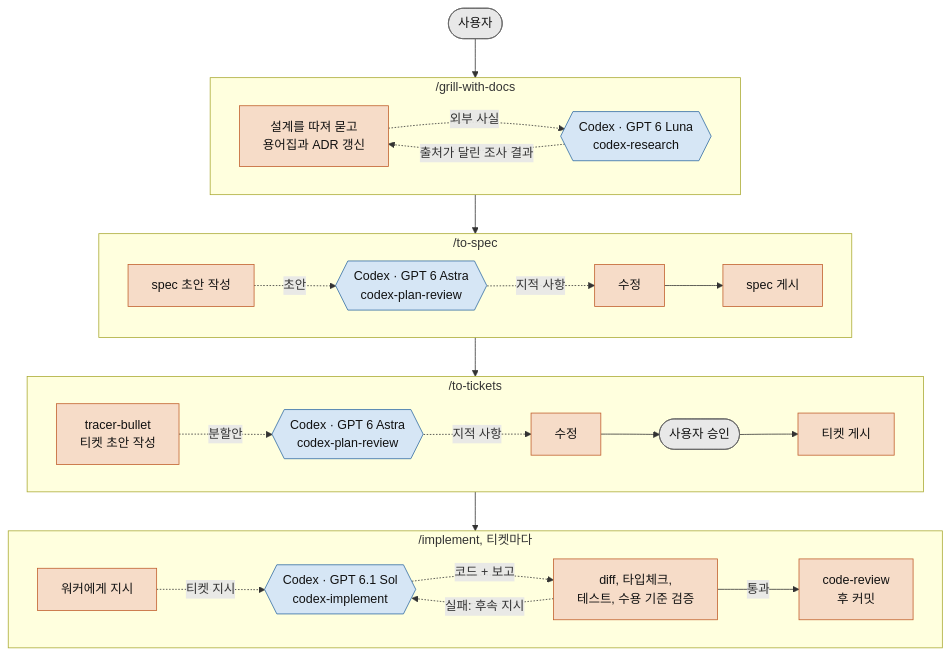
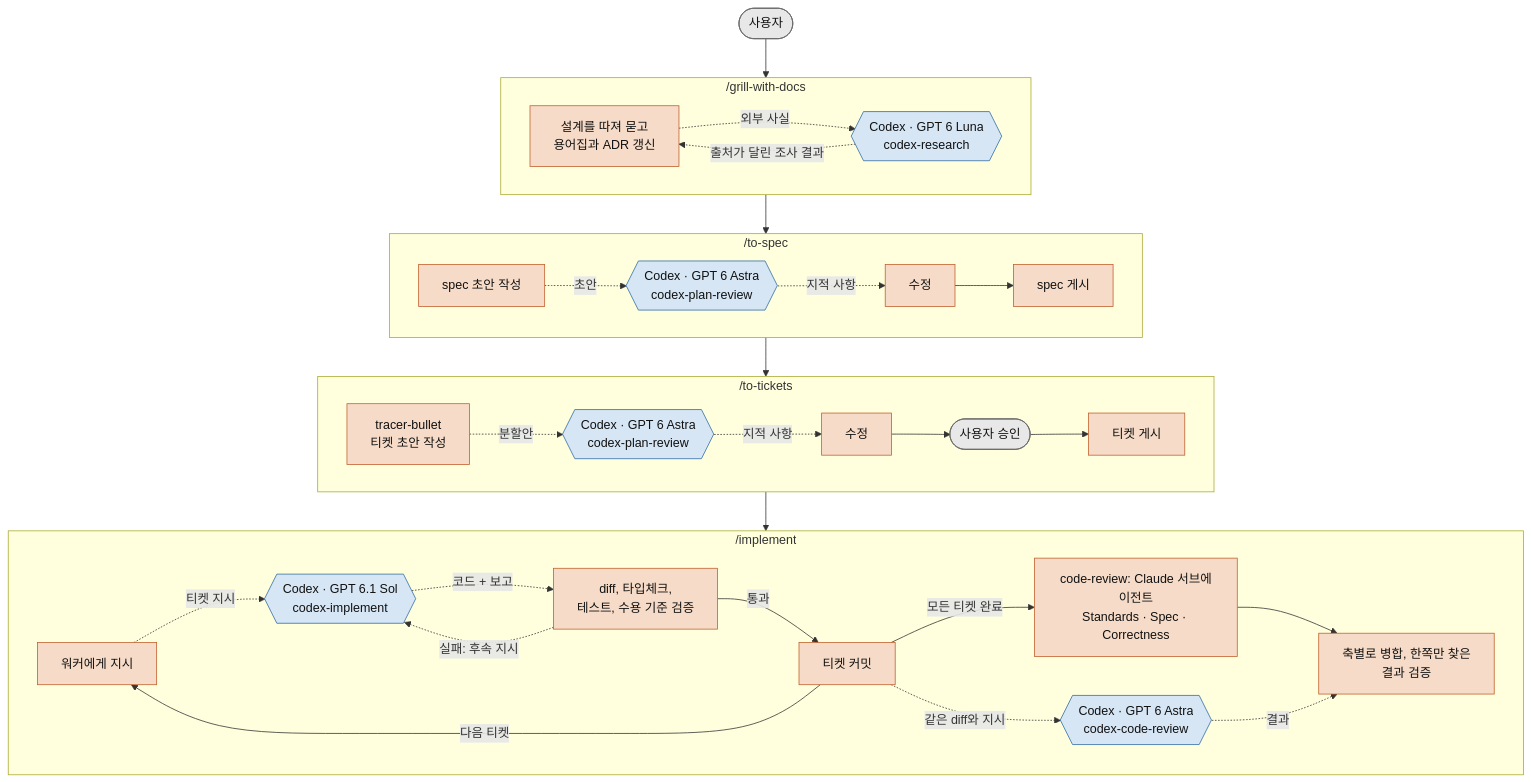
One commit to starpia-forge/codex-delegate changed the diagram in docs/README_ko-kr.md. Above: the diagram before and after it, drawn with Mermaid. The commit also changed other lines of this file and 16 other files, not shown here.

First line of the commit message:
feat: review code with Claude and Codex independently on three axes

````diff
--- a/docs/README_ko-kr.md
+++ b/docs/README_ko-kr.md
@@ -82,57 +84,65 @@
 ```mermaid
 flowchart TD
     subgraph grill["/grill-with-docs"]
         direction LR
         G1["설계를 따져 묻고<br/>용어집과 ADR 갱신"]
         Luna{{"Codex · GPT 6 Luna<br/>codex-research"}}
         G1 -. "외부 사실" .-> Luna
         Luna -. "출처가 달린 조사 결과" .-> G1
     end
 
     subgraph spec["/to-spec"]
         direction LR
         P1["spec 초안 작성"]
         A1{{"Codex · GPT 6 Astra<br/>codex-plan-review"}}
         P2["수정"]
         P3["spec 게시"]
         P1 -. "초안" .-> A1
         A1 -. "지적 사항" .-> P2
         P2 --> P3
     end
 
     subgraph tickets["/to-tickets"]
         direction LR
         T1["tracer-bullet<br/>티켓 초안 작성"]
         A2{{"Codex · GPT 6 Astra<br/>codex-plan-review"}}
         T2["수정"]
         T3(["사용자 승인"])
         T4["티켓 게시"]
         T1 -. "분할안" .-> A2
         A2 -. "지적 사항" .-> T2
         T2 --> T3 --> T4
     end
 
-    subgraph impl["/implement, 티켓마다"]
+    subgraph impl["/implement"]
         direction LR
         I1["워커에게 지시"]
         Sol{{"Codex · GPT 6.1 Sol<br/>codex-implement"}}
         I2["diff, 타입체크,<br/>테스트, 수용 기준 검증"]
-        I3["code-review<br/>후 커밋"]
+        I3["티켓 커밋"]
+        R1["code-review: Claude 서브에이전트<br/>Standards · Spec · Correctness"]
+        A3{{"Codex · GPT 6 Astra<br/>codex-code-review"}}
+        R2["축별로 병합, 한쪽만 찾은<br/>결과 검증"]
         I1 -. "티켓 지시" .-> Sol
         Sol -. "코드 + 보고" .-> I2
         I2 -- "통과" --> I3
         I2 -. "실패: 후속 지시" .-> Sol
+        I3 -- "다음 티켓" --> I1
+        I3 -- "모든 티켓 완료" --> R1
+        I3 -. "같은 diff와 지시" .-> A3
+        R1 --> R2
+        A3 -. "결과" .-> R2
     end
 
     U(["사용자"]) --> grill
     grill --> spec
     spec --> tickets
     tickets --> impl
 
     classDef user fill:#e8e8e8,stroke:#666,color:#111
     classDef claude fill:#f6dcc8,stroke:#c15f2c,color:#111
     classDef codex fill:#d6e6f5,stroke:#2f6aa3,color:#111
     class U,T3 user
-    class G1,P1,P2,P3,T1,T2,T4,I1,I2,I3 claude
-    class Luna,A1,A2,Sol codex
+    class G1,P1,P2,P3,T1,T2,T4,I1,I2,I3,R1,R2 claude
+    class Luna,A1,A2,A3,Sol codex
 ```
````
